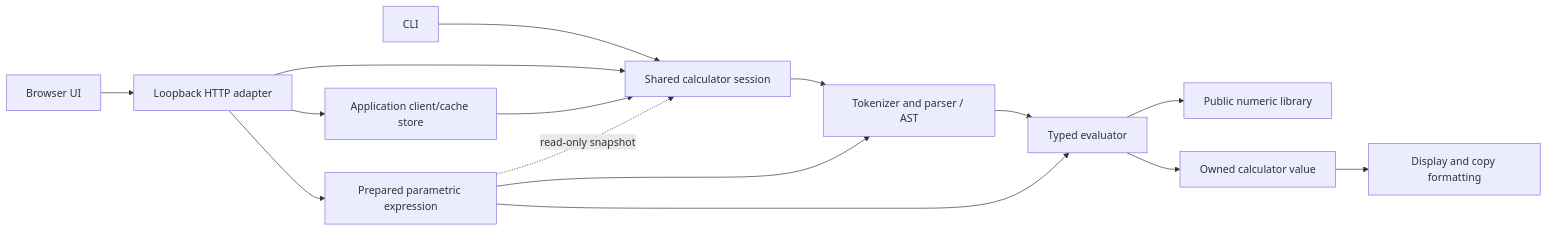
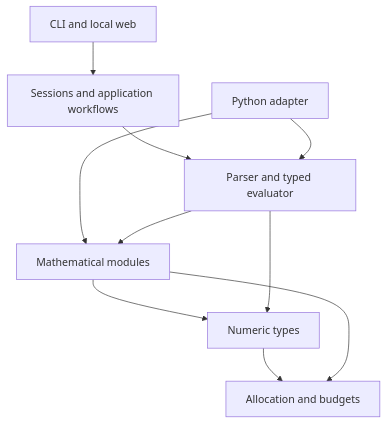
Before and after one commit to Interacti0n/NumForge: the diagram in docs/design/ARCHITECTURE.md, drawn with Mermaid. The commit also changed other lines of this file and 358 other files, not shown here.

Commit message:
Organize sources by architectural layer and consolidate platform documentation

````diff
--- a/docs/design/ARCHITECTURE.md
+++ b/docs/design/ARCHITECTURE.md
@@ -28,17 +28,12 @@
 ```mermaid
-flowchart LR
-    CLI[CLI] --> Session[Shared calculator session]
-    Browser[Browser UI] --> HTTP[Loopback HTTP adapter]
-    HTTP --> Session
-    HTTP --> Store[Application client/cache store]
-    HTTP --> Prepared
-    Store --> Session
-    Session --> Parser[Tokenizer and parser / AST]
-    Parser --> Evaluator[Typed evaluator]
-    Prepared[Prepared parametric expression] --> Parser
-    Prepared --> Evaluator
-    Prepared -. read-only snapshot .-> Session
-    Evaluator --> Library[Public numeric library]
-    Evaluator --> Value[Owned calculator value]
-    Value --> Formatter[Display and copy formatting]
+flowchart TD
+    Apps[CLI and local web] --> Application[Sessions and application workflows]
+    Application --> Engine[Parser and typed evaluator]
+    Python[Python adapter] --> Engine
+    Python --> Modules[Mathematical modules]
+    Engine --> Modules
+    Modules --> Core[Numeric types]
+    Engine --> Core
+    Core --> Runtime[Allocation and budgets]
+    Modules --> Runtime
 ```
````
